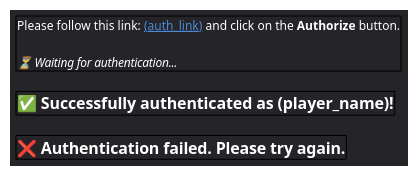
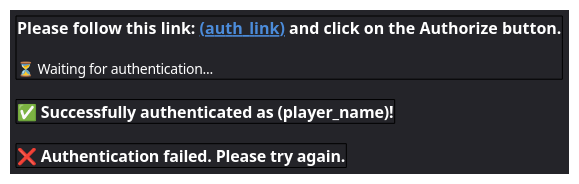
Before and after one commit to vnmc-ecosystem/vnmc-designs: the diagram in bot-ui/login/login.puml, drawn with PlantUML. The commit also changed 11 other files, not shown here.

```diff
--- a/bot-ui/login/login.puml
+++ b/bot-ui/login/login.puml
@@ -1,22 +1,22 @@
 @startsalt login
 	<style>
 		saltDiagram {
 			BackgroundColor #242429
 		}
 	</style>
 	{
 		{+
-			<color:#ffffff>Please follow this link: <color:#4c8cda>__(auth_link)__ <color:#ffffff>and click on the **Authorize** button.
+			<b><color:#ffffff><size:16>Please follow this link: <color:#4c8cda>__(auth_link)__ <color:#ffffff>and click on the **Authorize** button.</b>
 			.
-			==== <color:#ffffff>⏳ Waiting for authentication...
+			<color:#ffffff><size:14>⏳ Waiting for authentication...
 		}
 		.
 		{+
-			== <color:#ffffff>✅ Successfully authenticated as (player_name)!
+			<b><color:#ffffff><size:16>✅ Successfully authenticated as (player_name)!</b>
 		}
 		.
 		{+
-			== <color:#ffffff>❌ Authentication failed. Please try again.
+			<b><color:#ffffff><size:16>❌ Authentication failed. Please try again.</b>
 		}
 	}
 @endsalt
```
